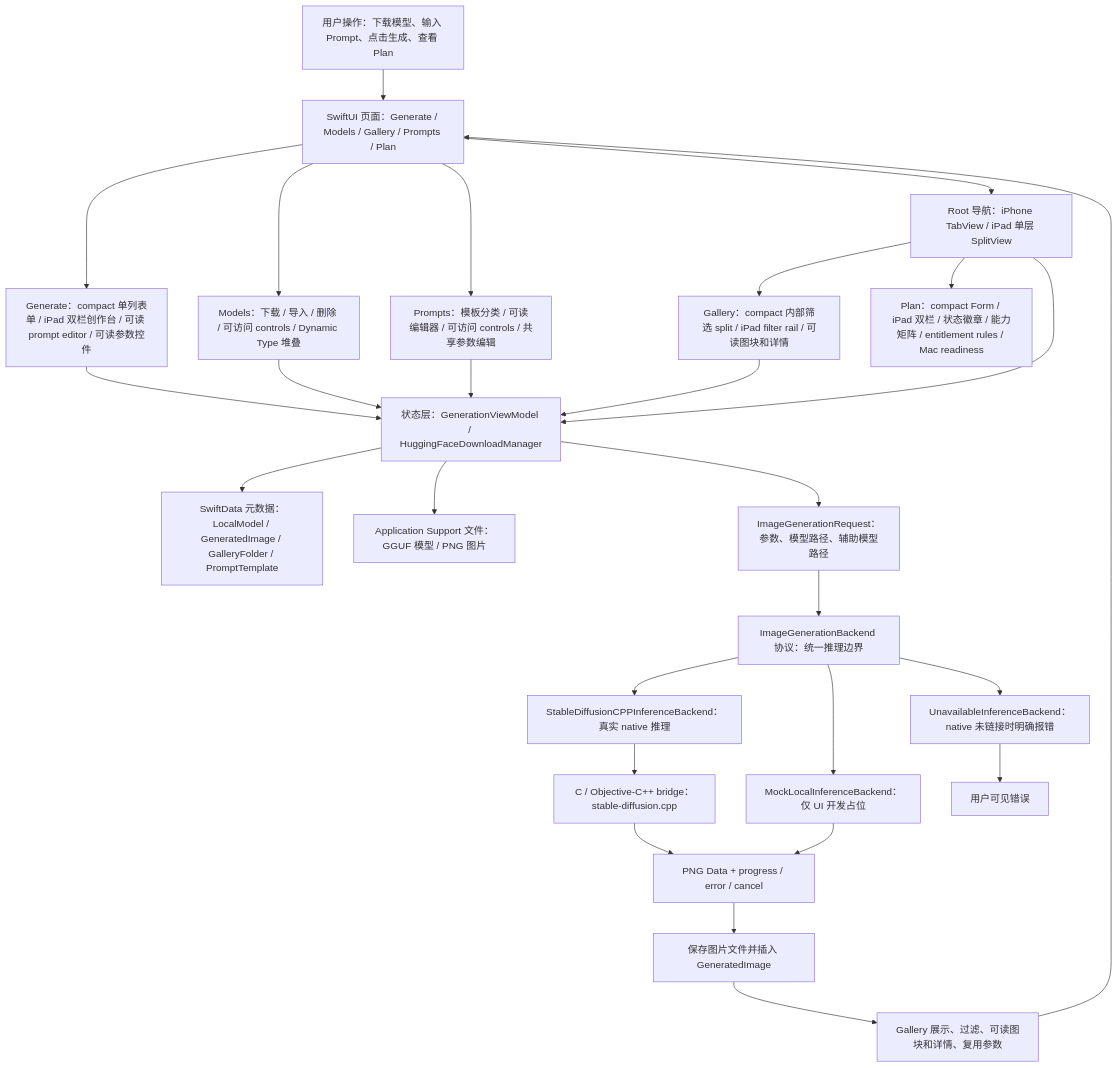
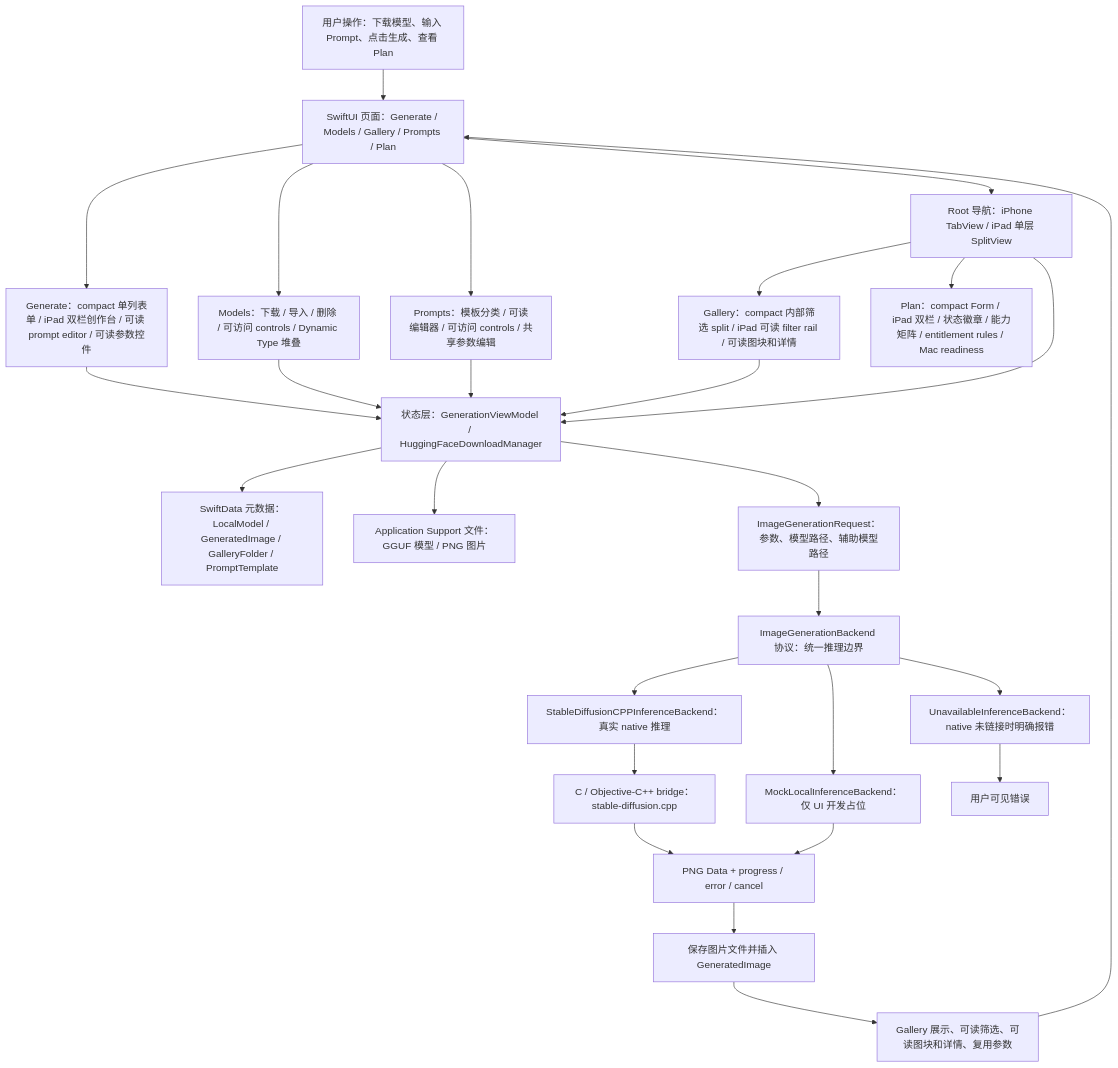
One commit to Altman-sam114/118 changed the first of 7 diagrams in md/flow/flowchart.md. Above: the diagram before and after it, drawn with Mermaid. The commit also changed 5 other files, not shown here.

````diff
--- a/md/flow/flowchart.md
+++ b/md/flow/flowchart.md
@@ -9,29 +9,29 @@
 ```mermaid
 flowchart TD
   U["用户操作：下载模型、输入 Prompt、点击生成、查看 Plan"] --> UI["SwiftUI 页面：Generate / Models / Gallery / Prompts / Plan"]
   UI --> GENUI["Generate：compact 单列表单 / iPad 双栏创作台 / 可读 prompt editor / 可读参数控件"]
   UI --> MODELUI["Models：下载 / 导入 / 删除 / 可访问 controls / Dynamic Type 堆叠"]
   UI --> PROMPTUI["Prompts：模板分类 / 可读编辑器 / 可访问 controls / 共享参数编辑"]
   UI --> NAV["Root 导航：iPhone TabView / iPad 单层 SplitView"]
-  NAV --> GALUI["Gallery：compact 内部筛选 split / iPad filter rail / 可读图块和详情"]
+  NAV --> GALUI["Gallery：compact 内部筛选 split / iPad 可读 filter rail / 可读图块和详情"]
   NAV --> PLANUI["Plan：compact Form / iPad 双栏 / 状态徽章 / 能力矩阵 / entitlement rules / Mac readiness"]
   NAV --> VM["状态层：GenerationViewModel / HuggingFaceDownloadManager"]
   GENUI --> VM
   MODELUI --> VM
   PROMPTUI --> VM
   GALUI --> VM
   VM --> SD["SwiftData 元数据：LocalModel / GeneratedImage / GalleryFolder / PromptTemplate"]
   VM --> FS["Application Support 文件：GGUF 模型 / PNG 图片"]
   VM --> REQ["ImageGenerationRequest：参数、模型路径、辅助模型路径"]
   REQ --> IFACE["ImageGenerationBackend 协议：统一推理边界"]
   IFACE --> NATIVE["StableDiffusionCPPInferenceBackend：真实 native 推理"]
   IFACE --> MOCK["MockLocalInferenceBackend：仅 UI 开发占位"]
   IFACE --> OFF["UnavailableInferenceBackend：native 未链接时明确报错"]
   NATIVE --> BRIDGE["C / Objective-C++ bridge：stable-diffusion.cpp"]
   BRIDGE --> PNG["PNG Data + progress / error / cancel"]
   MOCK --> PNG
   OFF --> ERR["用户可见错误"]
   PNG --> SAVE["保存图片文件并插入 GeneratedImage"]
-  SAVE --> GALLERY["Gallery 展示、过滤、可读图块和详情、复用参数"]
+  SAVE --> GALLERY["Gallery 展示、可读筛选、可读图块和详情、复用参数"]
   GALLERY --> UI
 ```
````
